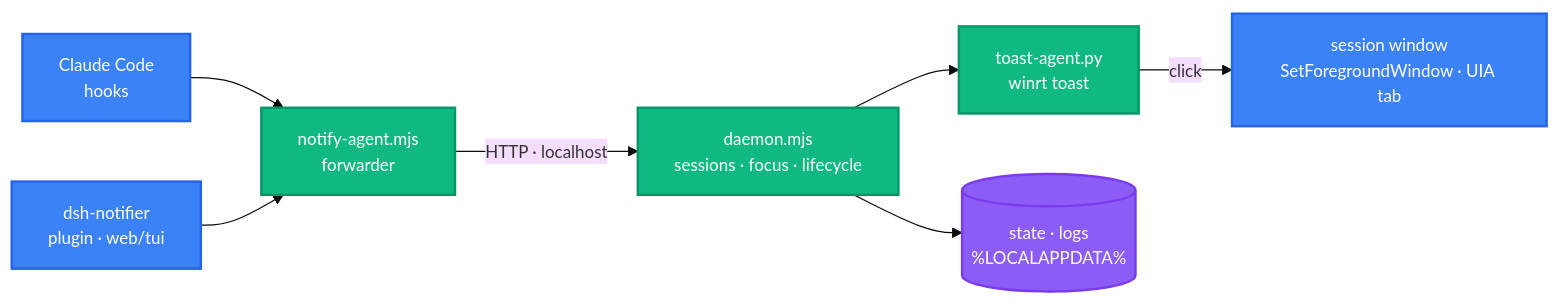
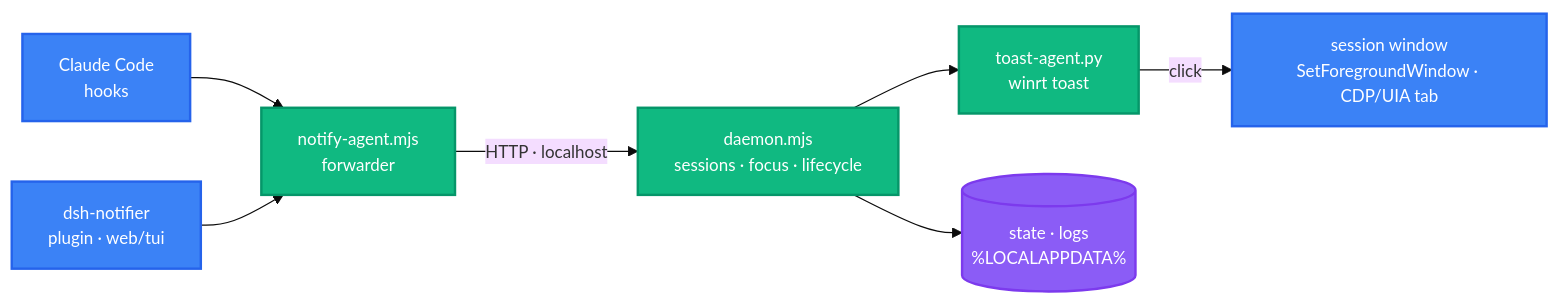
The diagram in README-zh.md (baobaolaodie/cc-dsh-notifier), drawn with Mermaid before and after one commit. The commit also changed other lines of this file and 16 other files, not shown here.

````diff
--- a/README-zh.md
+++ b/README-zh.md
@@ -128,18 +129,18 @@
 ```mermaid
 %%{init: {'theme': 'base', 'themeVariables': {'fontSize': '14px'}}}%%
 flowchart LR
     CC["Claude Code<br/>hooks"] --> NA["notify-agent.mjs<br/>forwarder"]
     DSH["dsh-notifier<br/>plugin · web/tui"] --> NA
     NA -->|"HTTP · localhost"| DM["daemon.mjs<br/>sessions · focus · lifecycle"]
     DM --> TA["toast-agent.py<br/>winrt toast"]
-    TA -->|"click"| WIN["session window<br/>SetForegroundWindow · UIA tab"]
+    TA -->|"click"| WIN["session window<br/>SetForegroundWindow · CDP/UIA tab"]
     DM --> ST[("state · logs<br/>%LOCALAPPDATA%")]
 
     classDef client fill:#3B82F6,stroke:#2563EB,color:#fff,stroke-width:2px
     classDef service fill:#10B981,stroke:#059669,color:#fff,stroke-width:2px
     classDef data fill:#8B5CF6,stroke:#7C3AED,color:#fff,stroke-width:2px
 
     class CC,DSH,WIN client
     class NA,DM,TA service
     class ST data
 ```
````
